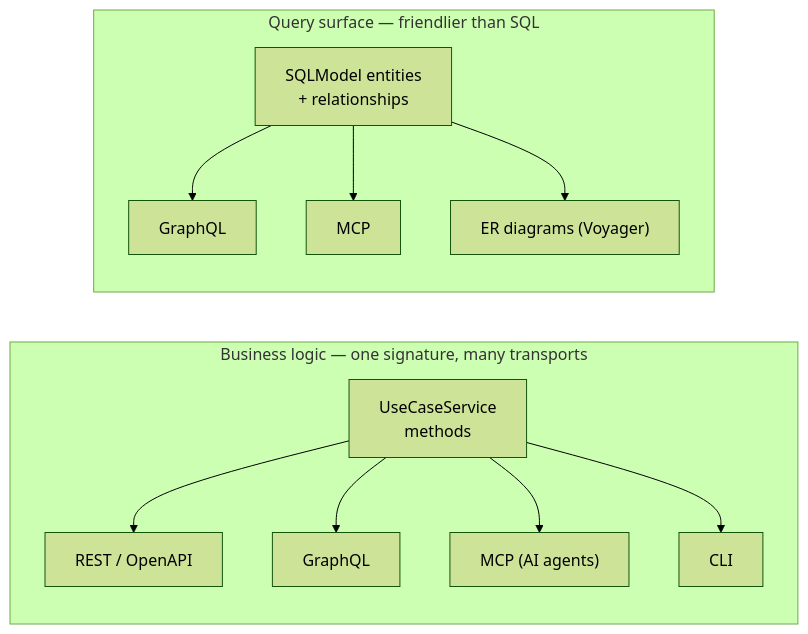
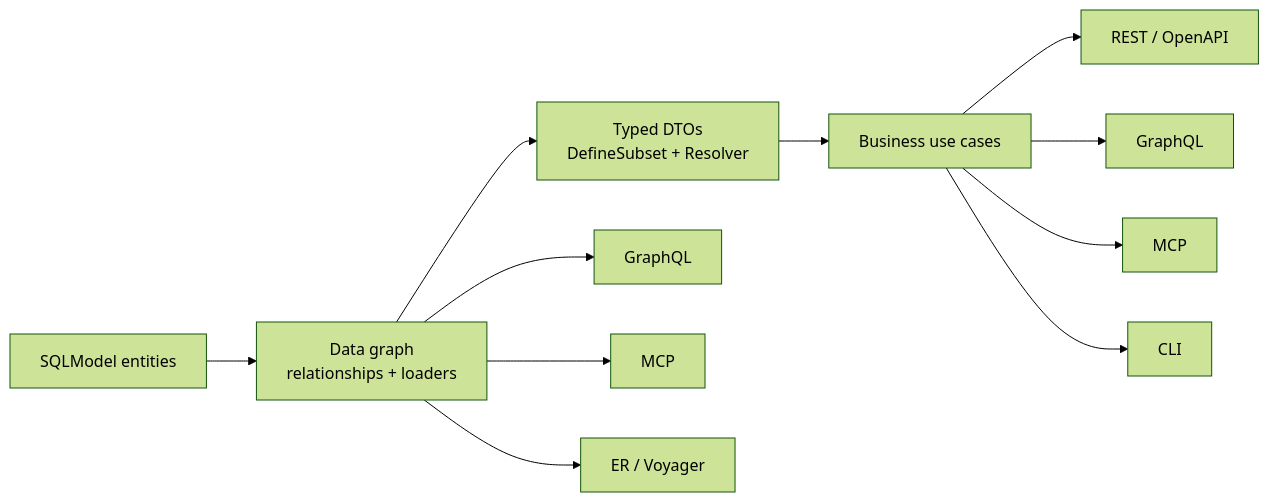
One commit to KLR-Pattern/nexusx changed the diagram in README.md. Above: the diagram before and after it, drawn with Mermaid (forest theme). The commit also changed other lines of this file, not shown here.

````diff
--- a/README.md
+++ b/README.md
@@ -10,16 +13,16 @@
 ```mermaid
 flowchart LR
-    subgraph Logic["Business logic — one signature, many transports"]
-        s["UseCaseService<br/>methods"]
-        s --> rest["REST / OpenAPI"]
-        s --> gql2["GraphQL"]
-        s --> mcp2["MCP (AI agents)"]
-        s --> cli["CLI"]
-    end
-    subgraph Query["Query surface — friendlier than SQL"]
-        e["SQLModel entities<br/>+ relationships"]
-        e --> gql1["GraphQL"]
-        e --> mcp1["MCP"]
-        e --> er["ER diagrams (Voyager)"]
-    end
+    models["SQLModel entities"]
+    data_graph["Data graph<br/>relationships + loaders"]
+    dto["Typed DTOs<br/>DefineSubset + Resolver"]
+    usecase["Business use cases"]
+
+    models --> data_graph --> dto --> usecase
+    data_graph --> data_gql["GraphQL"]
+    data_graph --> data_mcp["MCP"]
+    data_graph --> er["ER / Voyager"]
+    usecase --> rest["REST / OpenAPI"]
+    usecase --> operation_gql["GraphQL"]
+    usecase --> operation_mcp["MCP"]
+    usecase --> cli["CLI"]
 ```
````
